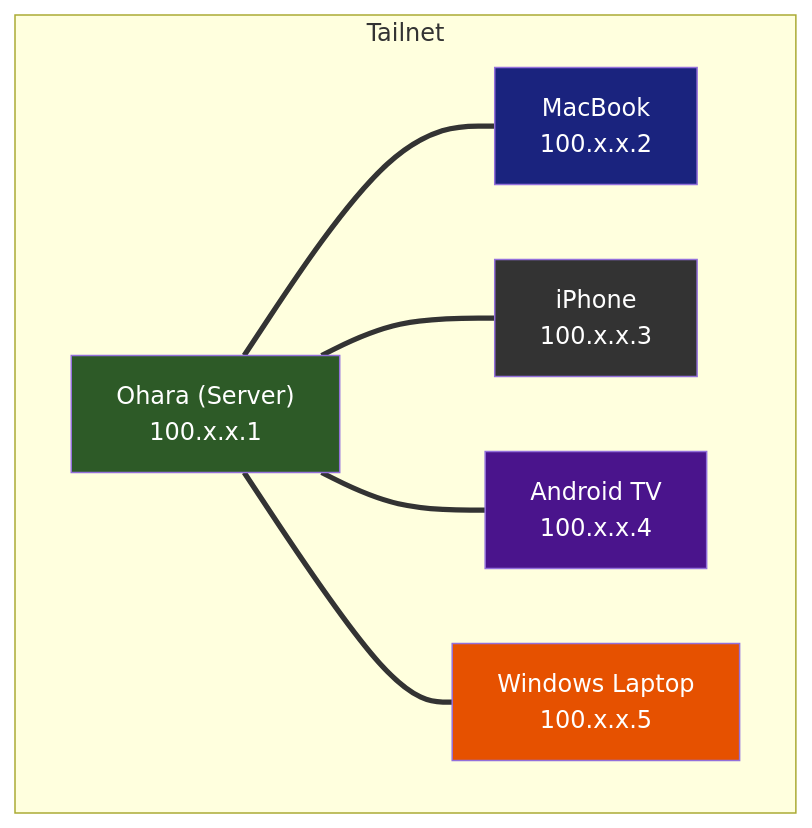
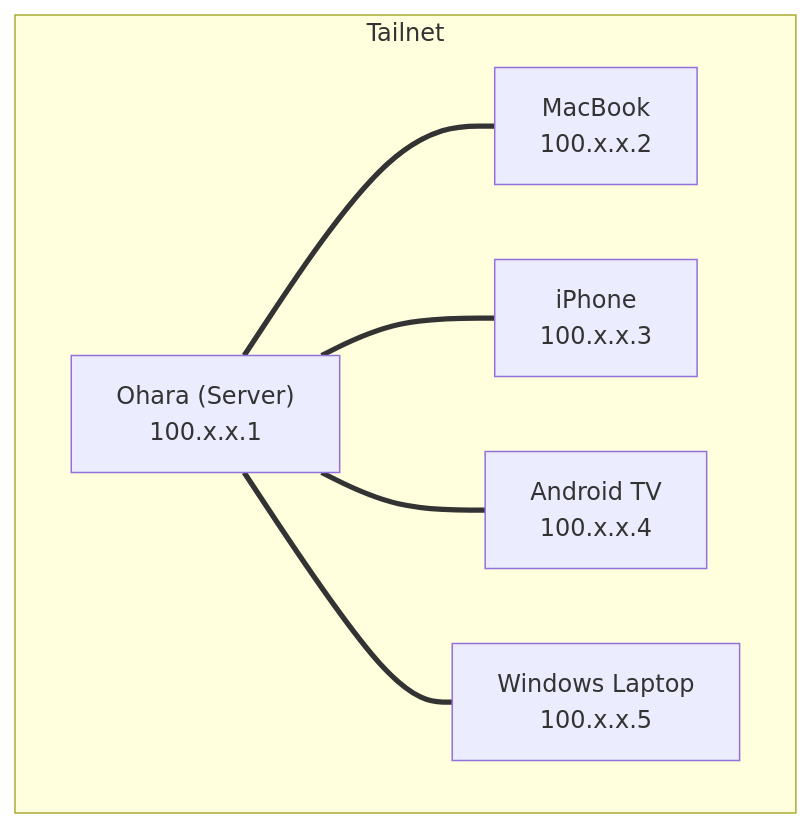
Before and after one commit to prateek11rai/sanji: the third of 6 diagrams in docs/blog/posts/ohara.md, drawn with Mermaid. The commit also changed other lines of this file and 11 other files, not shown here.

Commit message:
feat: add hermes agent blog post, agent writing rules, remove hardcoded mermaid styles

````diff
--- a/docs/blog/posts/ohara.md
+++ b/docs/blog/posts/ohara.md
@@ -173,21 +173,16 @@
 ```mermaid
 graph TB
     subgraph "Tailnet"
         S["Ohara (Server)<br/>100.x.x.1"]
         M["MacBook<br/>100.x.x.2"]
         P["iPhone<br/>100.x.x.3"]
         TV["Android TV<br/>100.x.x.4"]
         W["Windows Laptop<br/>100.x.x.5"]
     end
     
     S === M
     S === P
     S === TV
     S === W
     
-    style S fill:#2d5a27,color:#fff
-    style M fill:#1a237e,color:#fff
-    style P fill:#333,color:#fff
-    style TV fill:#4a148c,color:#fff
-    style W fill:#e65100,color:#fff
 ```
````
